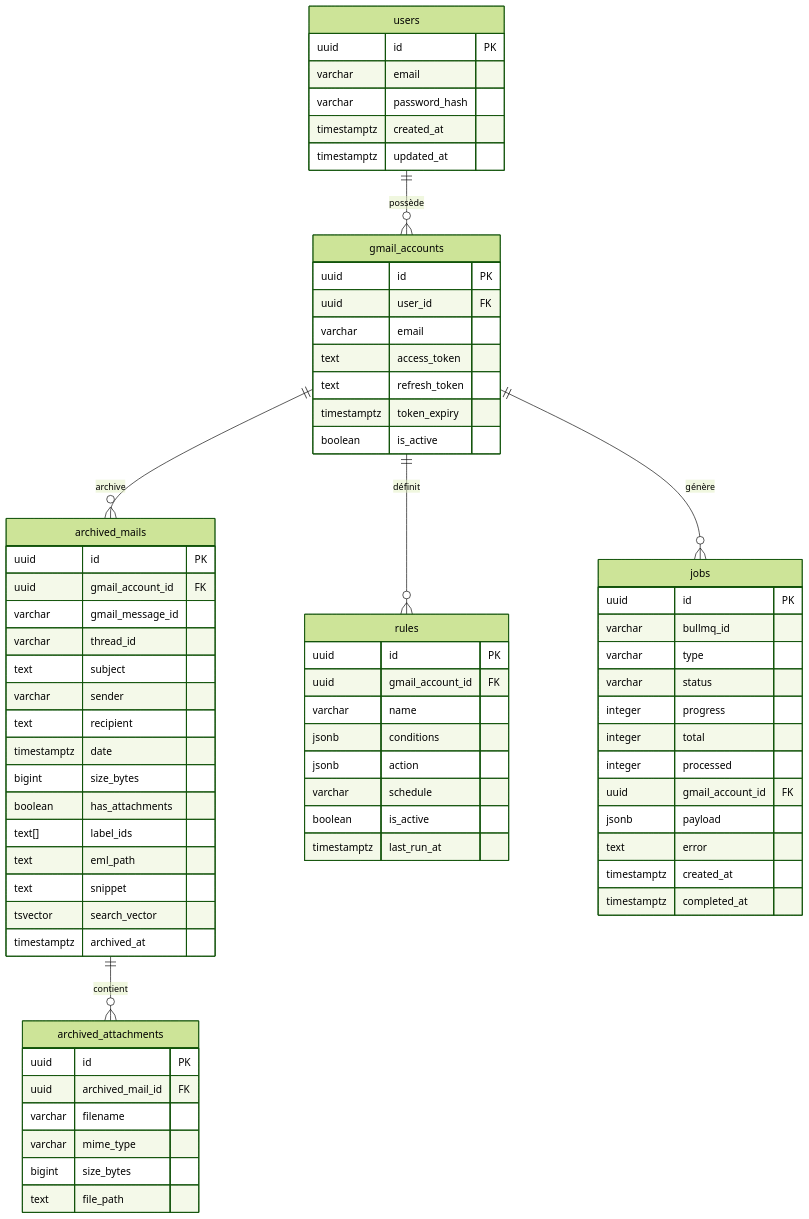
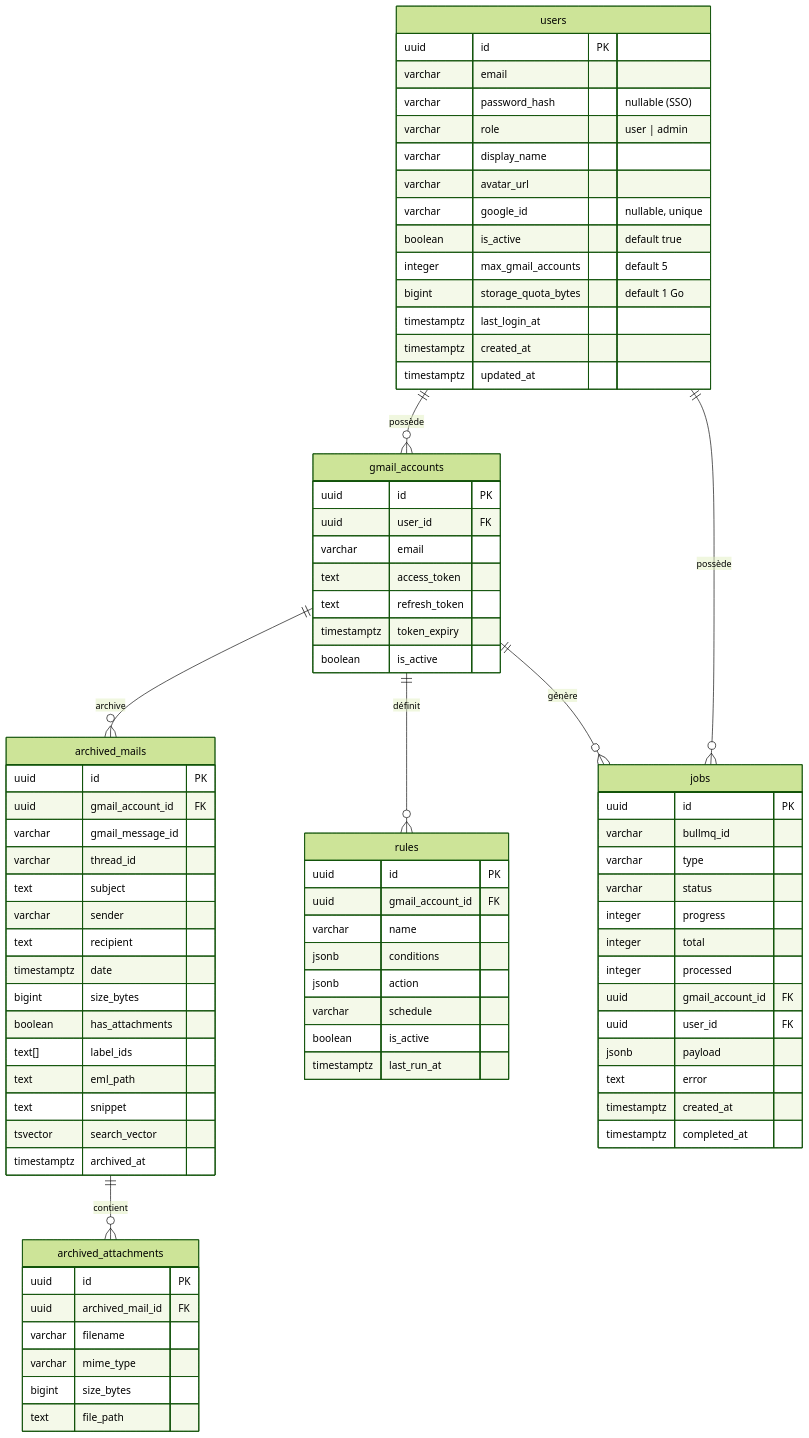
Before and after one commit to Le-Nid/nid: the diagram in docs/architecture/database.md, drawn with Mermaid (forest theme). The commit also changed other lines of this file and 39 other files, not shown here.

Commit message:
feat(admin): add admin routes and user management features

````diff
--- a/docs/architecture/database.md
+++ b/docs/architecture/database.md
@@ -7,7 +7,15 @@
     users {
         uuid id PK
         varchar email
-        varchar password_hash
+        varchar password_hash "nullable (SSO)"
+        varchar role "user | admin"
+        varchar display_name
+        varchar avatar_url
+        varchar google_id "nullable, unique"
+        boolean is_active "default true"
+        integer max_gmail_accounts "default 5"
+        bigint storage_quota_bytes "default 1 Go"
+        timestamptz last_login_at
         timestamptz created_at
         timestamptz updated_at
     }
@@ -69,6 +77,7 @@
         integer total
         integer processed
         uuid gmail_account_id FK
+        uuid user_id FK
         jsonb payload
         text error
         timestamptz created_at
@@ -80,4 +89,5 @@
     archived_mails ||--o{ archived_attachments : "contient"
     gmail_accounts ||--o{ rules : "définit"
     gmail_accounts ||--o{ jobs : "génère"
+    users ||--o{ jobs : "possède"
 ```
````
